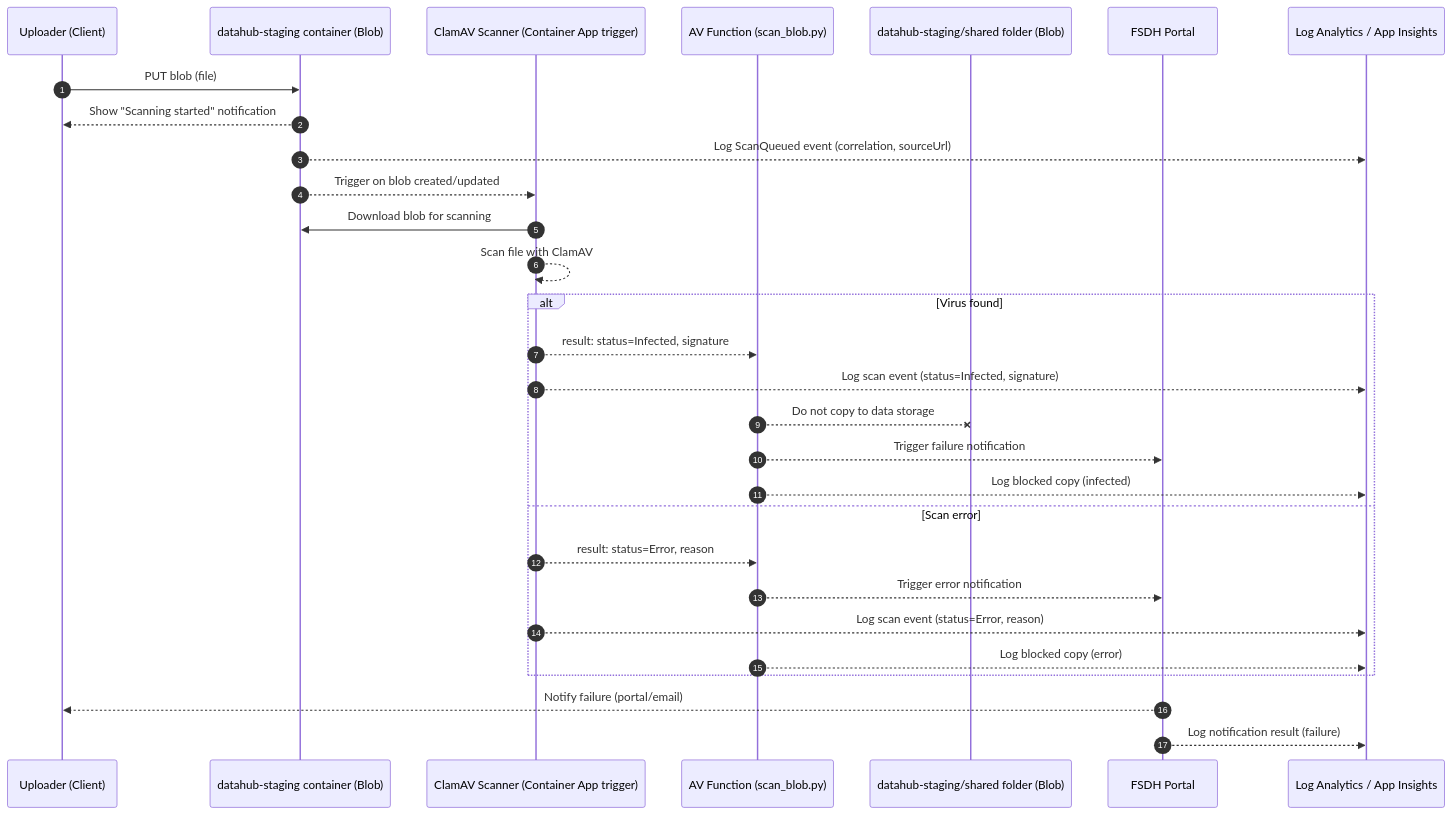
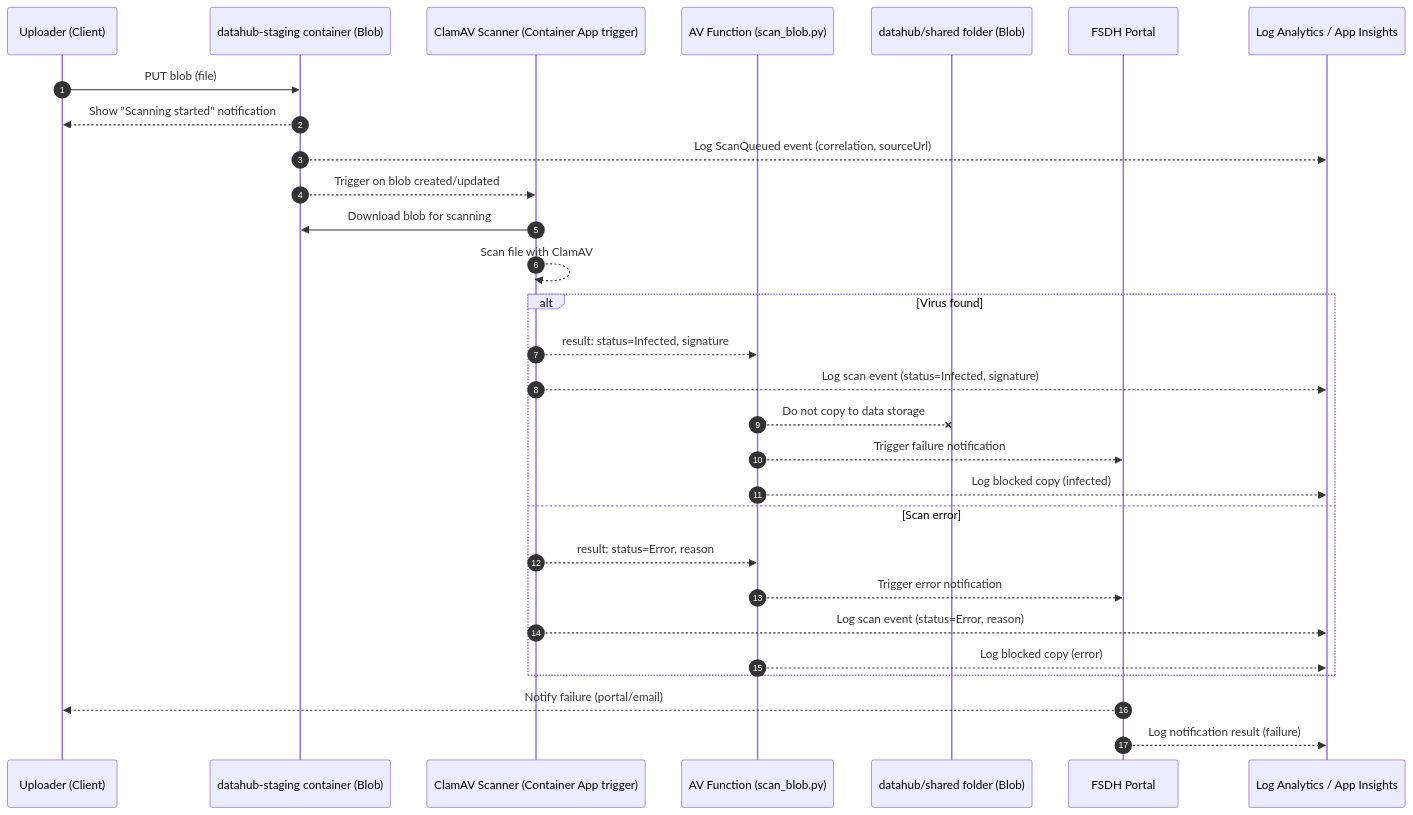
One commit to ssc-sp/datahub-docs changed the second of 3 diagrams in DeveloperGuide/ClamAV/clamav-container.md. Above: the diagram before and after it, drawn with Mermaid. The commit also changed other lines of this file and 4 other files, not shown here.

````diff
--- a/DeveloperGuide/ClamAV/clamav-container.md
+++ b/DeveloperGuide/ClamAV/clamav-container.md
@@ -114,32 +117,32 @@
 ```mermaid
 sequenceDiagram
 autonumber
 participant U as Uploader (Client)
 participant UC as datahub-staging container (Blob)
 participant AV as ClamAV Scanner (Container App trigger)
 participant CF as AV Function (scan_blob.py)
-participant DC as datahub-staging/shared folder (Blob)
+participant DC as datahub/shared folder (Blob)
 participant N as FSDH Portal
 participant L as Log Analytics / App Insights
 
 U->>UC: PUT blob (file)
 UC-->>U: Show "Scanning started" notification
 UC-->>L: Log ScanQueued event (correlation, sourceUrl)
 UC-->>AV: Trigger on blob created/updated
 AV->>UC: Download blob for scanning
 AV-->>AV: Scan file with ClamAV
 alt Virus found
   AV-->>CF: result: status=Infected, signature
   AV-->>L: Log scan event (status=Infected, signature)
   CF--x DC: Do not copy to data storage
   CF-->>N: Trigger failure notification
   CF-->>L: Log blocked copy (infected)
 else Scan error
   AV-->>CF: result: status=Error, reason
   CF-->>N: Trigger error notification
   AV-->>L: Log scan event (status=Error, reason)
   CF-->>L: Log blocked copy (error)
 end
 N-->>U: Notify failure (portal/email)
 N-->>L: Log notification result (failure)
 ```
````
